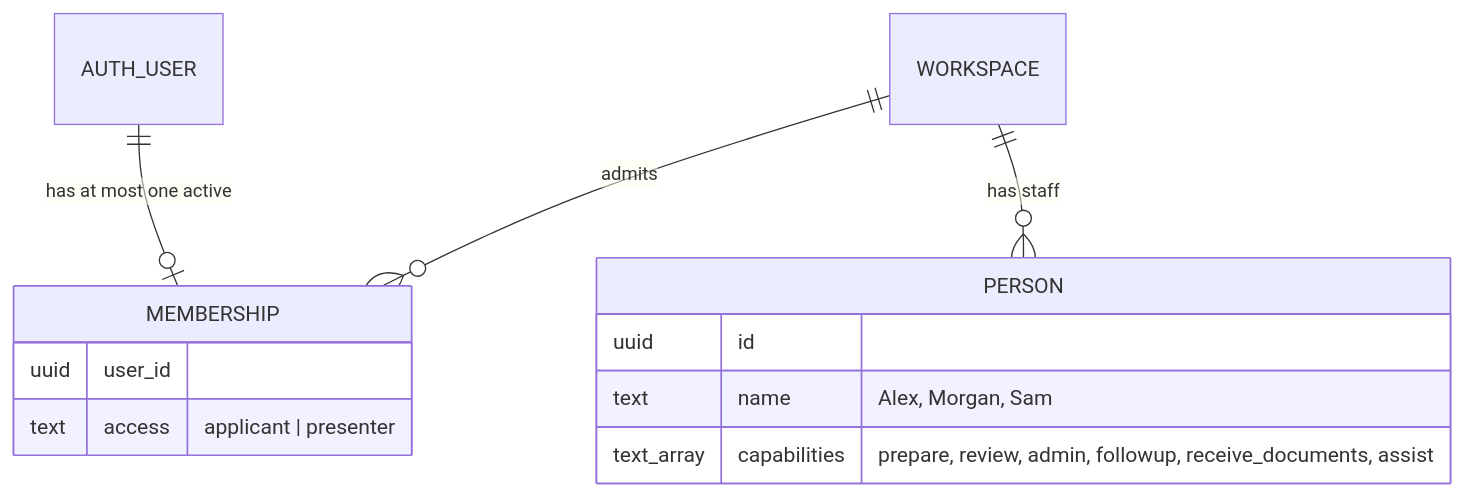
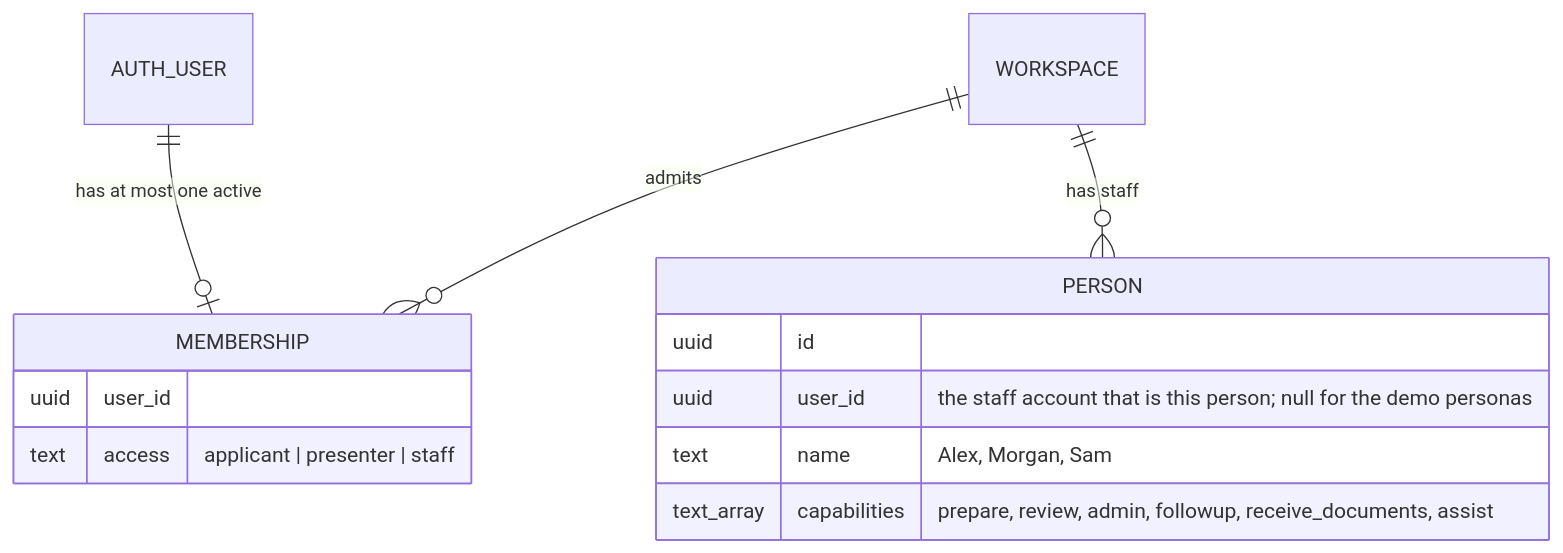
The first of 2 diagrams in docs/developer/architecture.md (jin-yu-yang/VITA-Management-System-Demo), drawn with Mermaid before and after one commit. The commit also changed other lines of this file and 50 other files, not shown here.

````diff
--- a/docs/developer/architecture.md
+++ b/docs/developer/architecture.md
@@ -38,15 +38,16 @@
 ```mermaid
 erDiagram
   AUTH_USER ||--o| MEMBERSHIP : "has at most one active"
   WORKSPACE ||--o{ MEMBERSHIP : "admits"
   WORKSPACE ||--o{ PERSON : "has staff"
   MEMBERSHIP {
     uuid user_id
-    text access "applicant | presenter"
+    text access "applicant | presenter | staff"
   }
   PERSON {
     uuid id
+    uuid user_id "the staff account that is this person; null for the demo personas"
     text name "Alex, Morgan, Sam"
     text_array capabilities "prepare, review, admin, followup, receive_documents, assist"
   }
 ```
````
